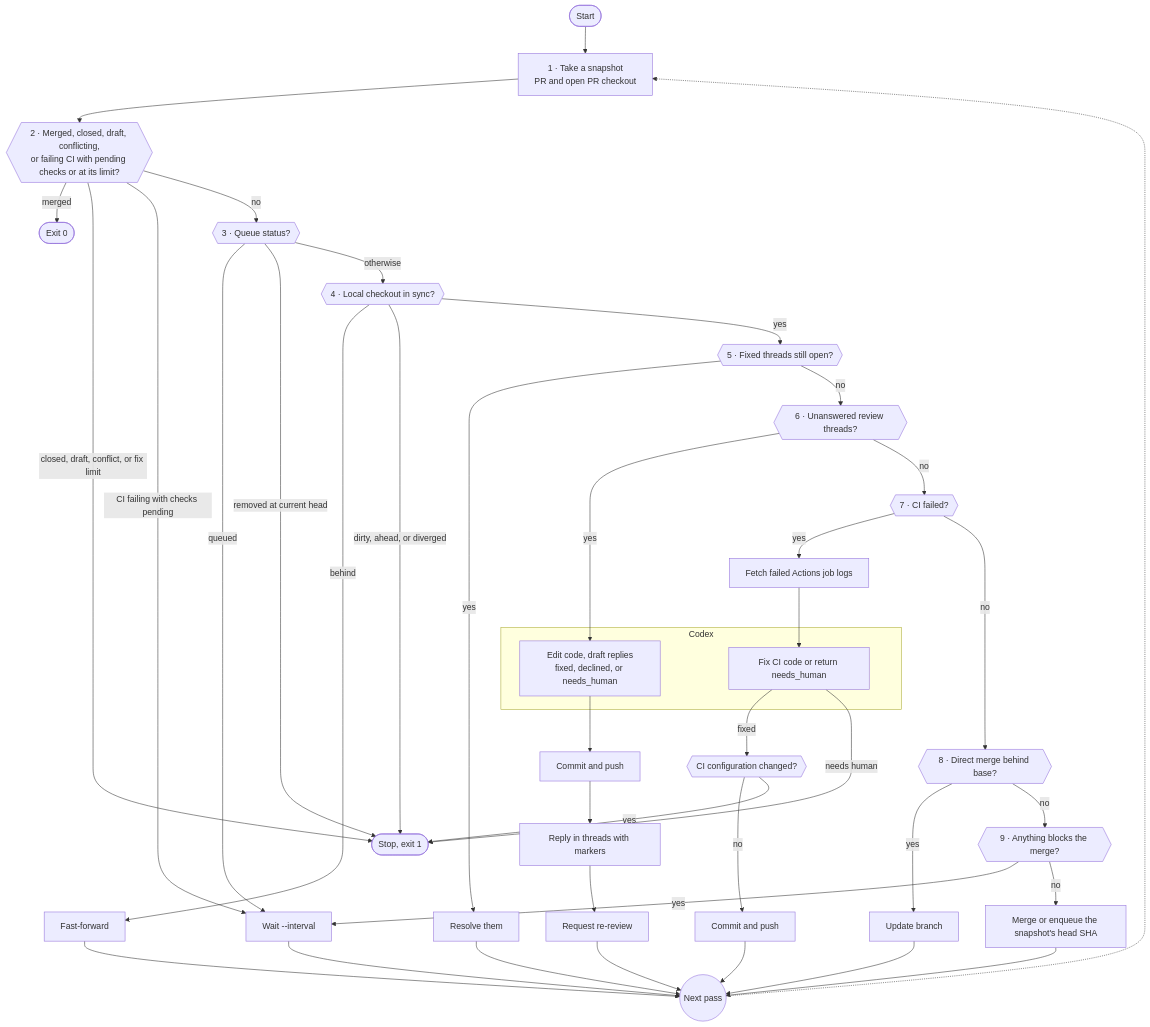
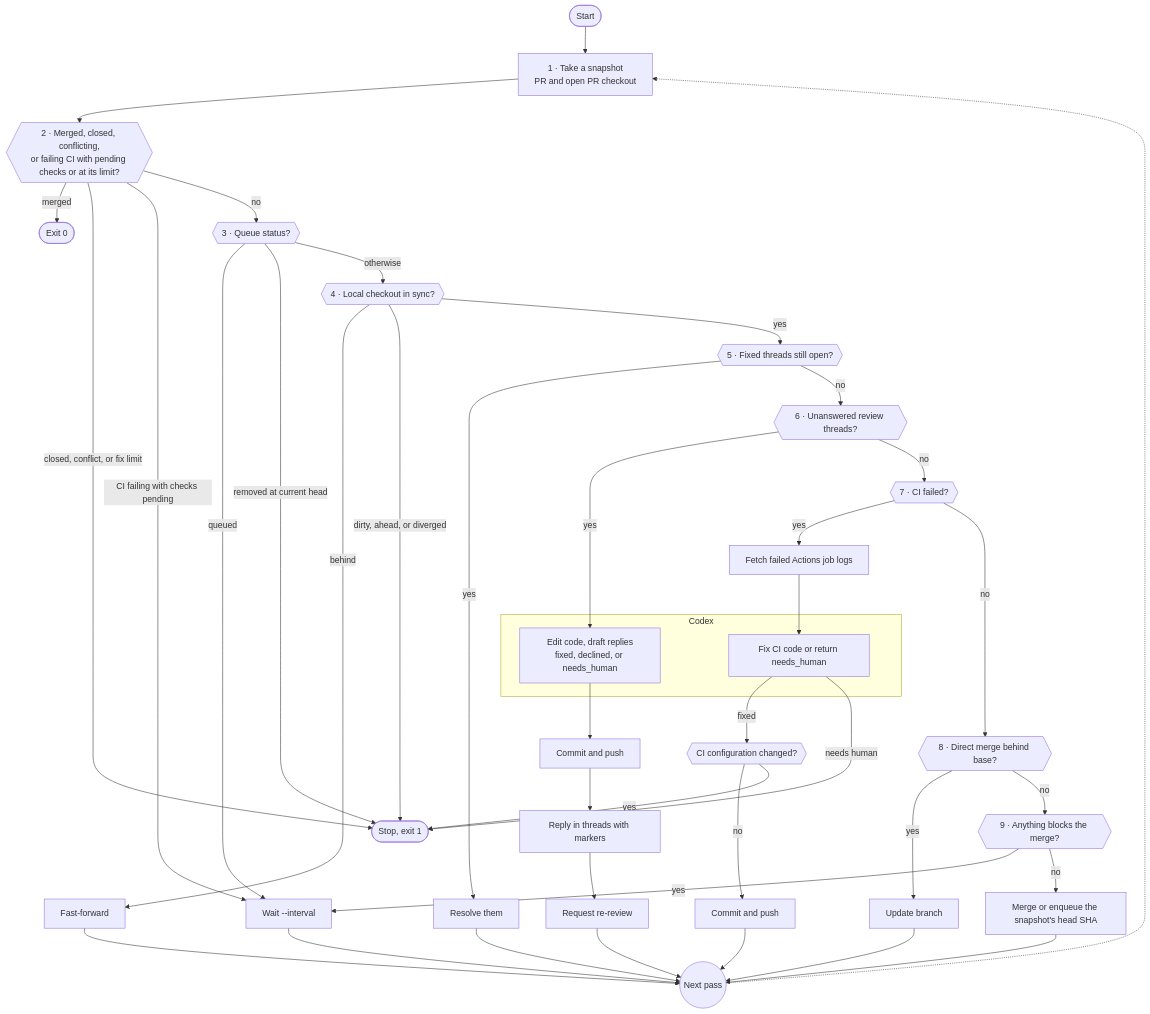
The diagram in README.md (vikrrantshah/baby-sitter), drawn with Mermaid before and after one commit. The commit also changed other lines of this file and 6 other files, not shown here.

````diff
--- a/README.md
+++ b/README.md
@@ -73,35 +75,35 @@
 ```mermaid
 flowchart TD
   START([Start]) --> SNAP["1 · Take a snapshot<br/>PR and open PR checkout"]
-  SNAP --> T{{"2 · Merged, closed, draft, conflicting,<br/>or failing CI with pending checks or at its limit?"}}
+  SNAP --> T{{"2 · Merged, closed, conflicting,<br/>or failing CI with pending checks or at its limit?"}}
   T -- merged --> DONE([Exit 0])
-  T -- "closed, draft, conflict, or fix limit" --> STOP([Stop, exit 1])
+  T -- "closed, conflict, or fix limit" --> STOP([Stop, exit 1])
   T -- "CI failing with checks pending" --> WAIT["Wait --interval"] --> NEXT
   T -- no --> Q{{"3 · Queue status?"}}
   Q -- queued --> WAIT
   Q -- "removed at current head" --> STOP
   Q -- otherwise --> L{{"4 · Local checkout in sync?"}}
   L -- behind --> FF["Fast-forward"] --> NEXT
   L -- "dirty, ahead, or diverged" --> STOP
   L -- yes --> RF{{"5 · Fixed threads still open?"}}
   RF -- yes --> RES["Resolve them"] --> NEXT
   RF -- no --> UH{{"6 · Unanswered review threads?"}}
   UH -- yes --> HC
   subgraph CODEX ["Codex"]
     HC["Edit code, draft replies<br/>fixed, declined, or needs_human"]
     FC["Fix CI code or return needs_human"]
   end
   HC --> PUSH["Commit and push"] --> REPLY["Reply in threads with markers"] --> RR["Request re-review"] --> NEXT
   UH -- no --> CF{{"7 · CI failed?"}}
   CF -- yes --> LOG["Fetch failed Actions job logs"] --> FC
   FC -- fixed --> GUARD{{"CI configuration changed?"}}
   GUARD -- no --> CP["Commit and push"] --> NEXT
   GUARD -- yes --> STOP
   FC -- "needs human" --> STOP
   CF -- no --> BE{{"8 · Direct merge behind base?"}}
   BE -- yes --> UP["Update branch"] --> NEXT
   BE -- no --> G{{"9 · Anything blocks the merge?"}}
   G -- yes --> WAIT
   G -- no --> MERGE["Merge or enqueue the snapshot's head SHA"] --> NEXT
   NEXT(("Next pass")) -.-> SNAP
 ```
````
